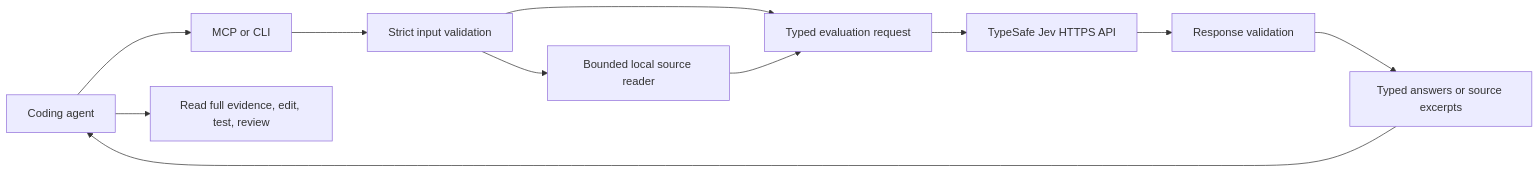
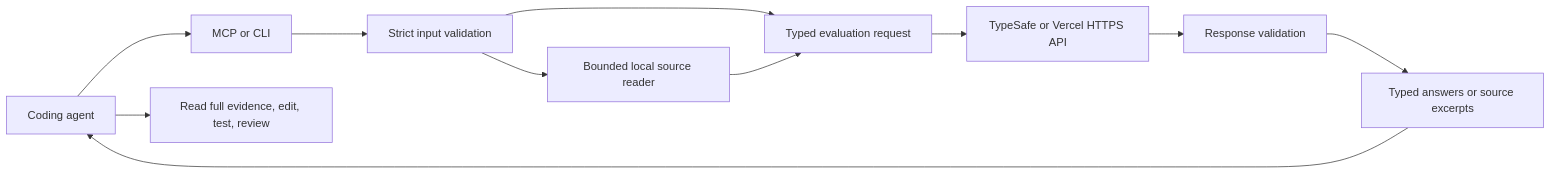
One commit to bhrenno2000/jev-agent-kit changed the diagram in docs/architecture.md. Above: the diagram before and after it, drawn with Mermaid. The commit also changed other lines of this file and 66 other files, not shown here.

````diff
--- a/docs/architecture.md
+++ b/docs/architecture.md
@@ -3,13 +3,13 @@
 ```mermaid
 flowchart LR
   A[Coding agent] --> B[MCP or CLI]
   B --> C[Strict input validation]
   C --> D[Bounded local source reader]
   C --> E[Typed evaluation request]
   D --> E
-  E --> F[TypeSafe Jev HTTPS API]
+  E --> F[TypeSafe or Vercel HTTPS API]
   F --> G[Response validation]
   G --> H[Typed answers or source excerpts]
   H --> A
   A --> I[Read full evidence, edit, test, review]
 ```
````
